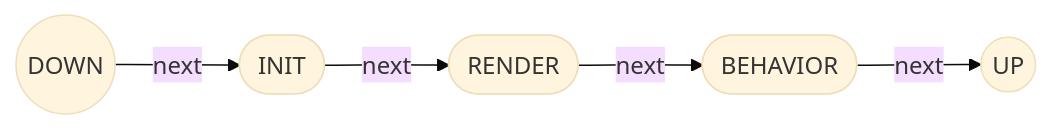
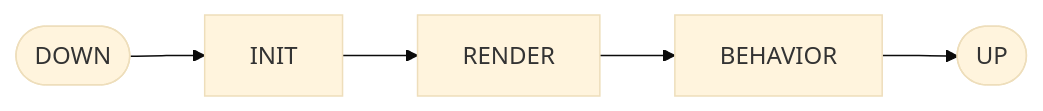
The diagram in README.md (jellycat-js/jellycat), drawn with Mermaid (base theme) before and after one commit. The commit also changed other lines of this file, not shown here.

Commit message:
DEV - update readme.md

````diff
--- a/README.md
+++ b/README.md
@@ -65,12 +67,12 @@
 ```mermaid
 graph LR
-down0(("DOWN"))
-init1(["INIT"])
-render2(["RENDER"])
-behavior3(["BEHAVIOR"])
-up4(("UP"))
-down0-->|"next"|init1
-init1-->|"next"|render2
-render2-->|"next"|behavior3
-behavior3-->|"next"|up4
+down0(["DOWN"])
+init1["INIT"]
+render2["RENDER"]
+behavior3["BEHAVIOR"]
+up4(["UP"])
+down0-->init1
+init1-->render2
+render2-->behavior3
+behavior3-->up4
 ```
````
